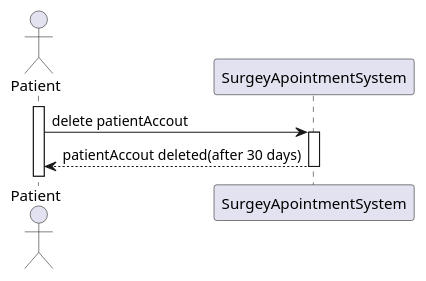
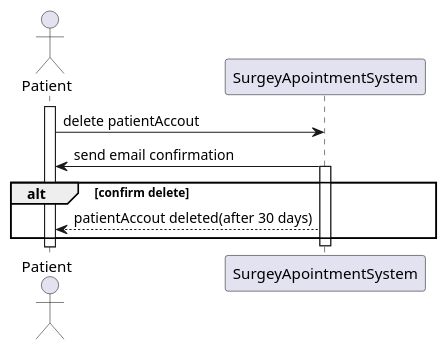
Before and after one commit to MateusCabral2004/sem5pi: the diagram in docs/Sprint 1/US 5.1.5/SequenceDiagram/Level1/SequenceDiagram.puml, drawn with PlantUML. The commit also changed 2 other files, not shown here.

```diff
--- a/docs/Sprint 1/US 5.1.5/SequenceDiagram/Level1/SequenceDiagram.puml
+++ b/docs/Sprint 1/US 5.1.5/SequenceDiagram/Level1/SequenceDiagram.puml
@@ -1,12 +1,14 @@
 @startuml
 actor Patient
 participant SurgeyApointmentSystem
 
 activate Patient
 Patient -> SurgeyApointmentSystem: delete patientAccout
+SurgeyApointmentSystem -> Patient: send email confirmation
 activate SurgeyApointmentSystem
-
+alt confirm delete
 SurgeyApointmentSystem --> Patient: patientAccout deleted(after 30 days)
+end
 deactivate SurgeyApointmentSystem
 
 @enduml
```
